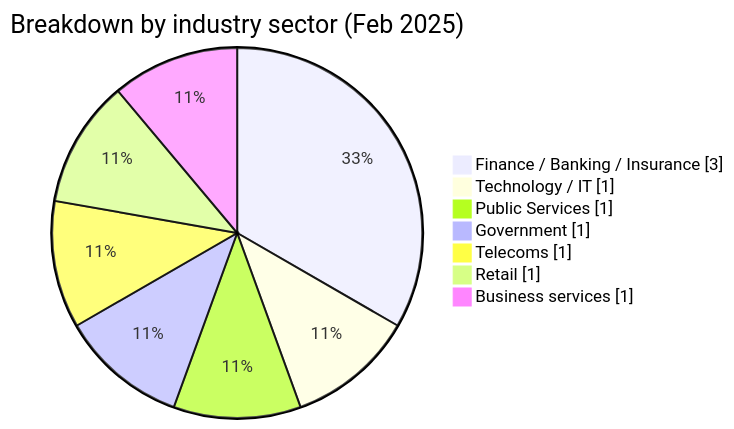
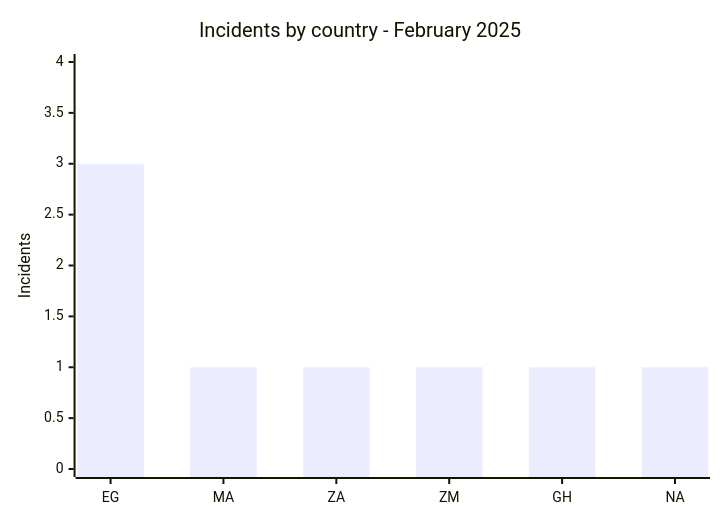
Before and after one commit to Hatchepsoute/AFRINTEL: the second of 7 diagrams in CyberAttackAfrica/2025/02-february/README.md, drawn with Mermaid. The commit also changed other lines of this file and 7 other files, not shown here.

````diff
--- a/CyberAttackAfrica/2025/02-february/README.md
+++ b/CyberAttackAfrica/2025/02-february/README.md
@@ -47,11 +83,7 @@
 ```mermaid
-pie showData
-    title Breakdown by industry sector (Feb 2025)
-    "Finance / Banking / Insurance" : 3
-    "Technology / IT" : 1
-    "Public Services" : 1
-    "Government" : 1
-    "Telecoms" : 1
-    "Retail" : 1
-    "Business services" : 1
+xychart-beta
+    title "Incidents by country - February 2025"
+    x-axis ["EG", "MA", "ZA", "ZM", "GH", "NA"]
+    y-axis "Incidents" 0 --> 4
+    bar [3, 1, 1, 1, 1, 1]
 ```
````
